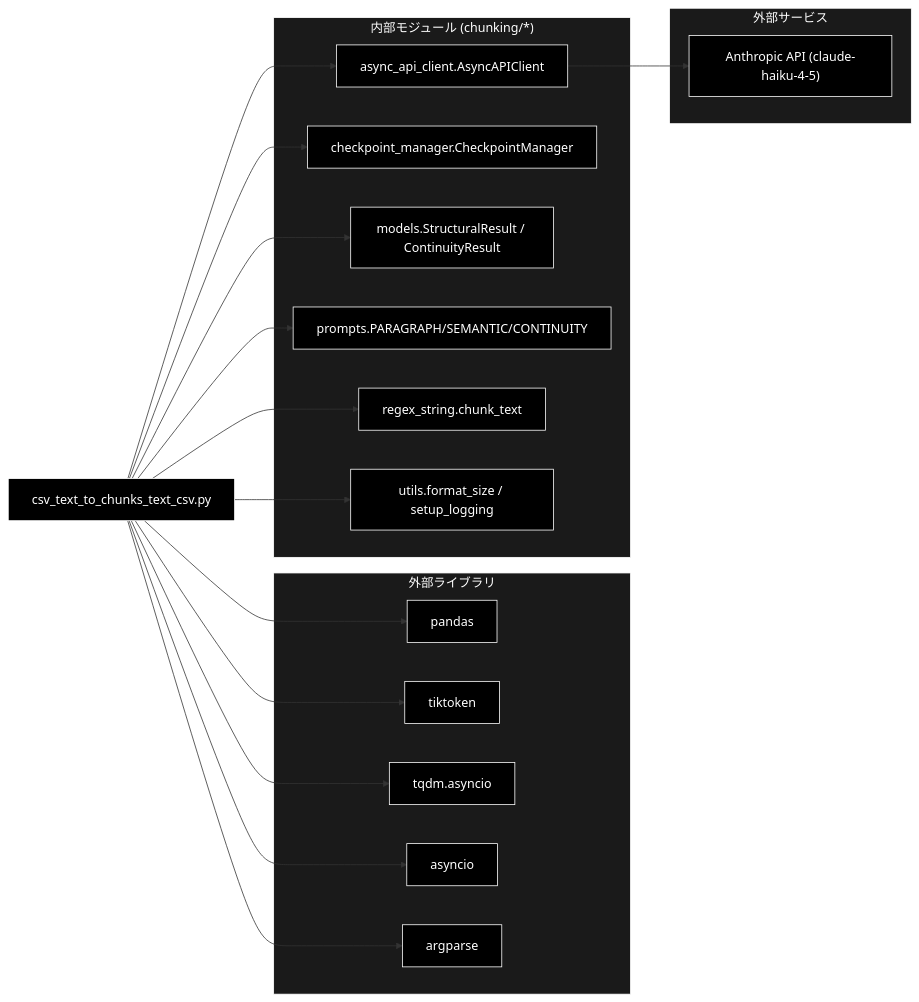
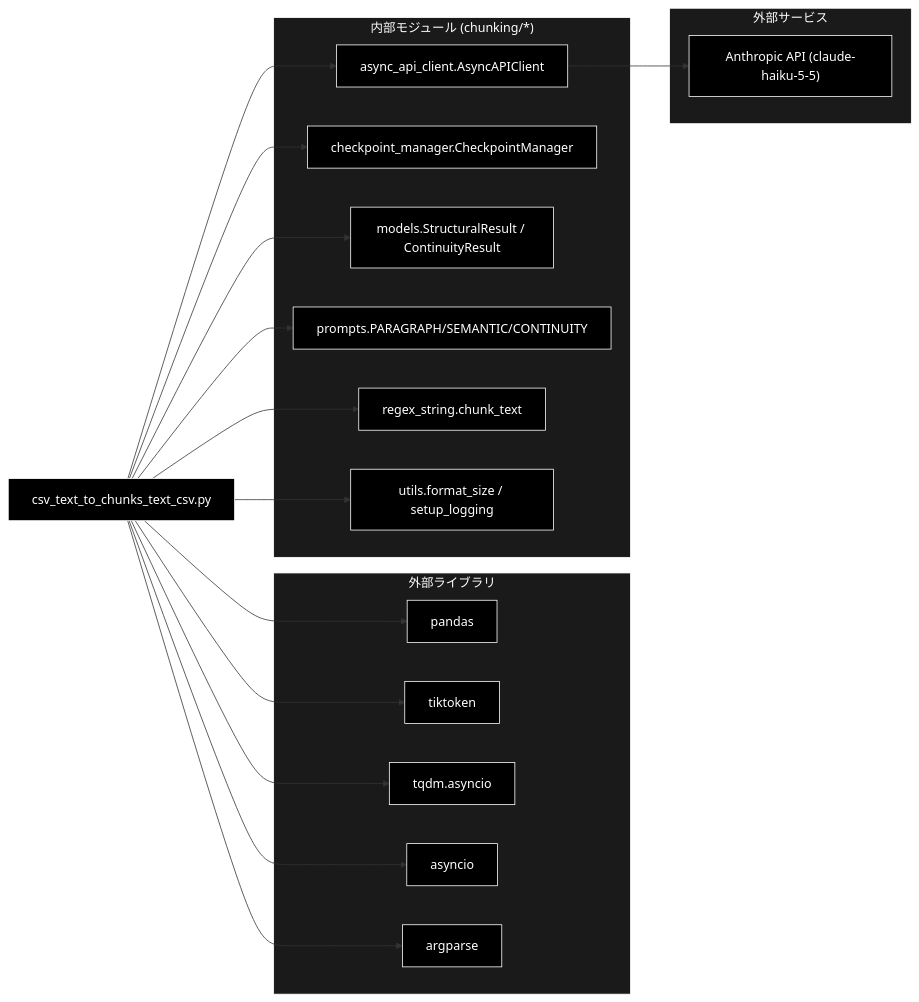
The third of 3 diagrams in chunking/docs/csv_text_to_chunks_text_csv.md (nakashima2toshio/grace_v2), drawn with Mermaid before and after one commit. The commit also changed other lines of this file and 53 other files, not shown here.

First line of the commit message:
feat(model): 軽量モデルを Claude Haiku 5.5 へ切り替える

````diff
--- a/chunking/docs/csv_text_to_chunks_text_csv.md
+++ b/chunking/docs/csv_text_to_chunks_text_csv.md
@@ -1035,44 +1038,44 @@
 ```mermaid
 flowchart LR
     MODULE["csv_text_to_chunks_text_csv.py"]
 
     subgraph EXT["外部ライブラリ"]
         PD["pandas"]
         TK["tiktoken"]
         TQ["tqdm.asyncio"]
         AS["asyncio"]
         AP["argparse"]
     end
 
     subgraph INT["内部モジュール (chunking/*)"]
         AAC["async_api_client.AsyncAPIClient"]
         CKM["checkpoint_manager.CheckpointManager"]
         MDLS["models.StructuralResult / ContinuityResult"]
         PRM["prompts.PARAGRAPH/SEMANTIC/CONTINUITY"]
         RGX["regex_string.chunk_text"]
         UTL["utils.format_size / setup_logging"]
     end
 
     subgraph SVC["外部サービス"]
-        ANTHROPIC["Anthropic API (claude-haiku-4-5)"]
+        ANTHROPIC["Anthropic API (claude-haiku-5-5)"]
     end
 
     MODULE --> PD
     MODULE --> TK
     MODULE --> TQ
     MODULE --> AS
     MODULE --> AP
     MODULE --> AAC
     MODULE --> CKM
     MODULE --> MDLS
     MODULE --> PRM
     MODULE --> RGX
     MODULE --> UTL
     AAC --> ANTHROPIC
 classDef default fill:#000,stroke:#fff,color:#fff
 classDef subgraphStyle fill:#1a1a1a,stroke:#fff,color:#fff
 class MODULE,PD,TK,TQ,AS,AP,AAC,CKM,MDLS,PRM,RGX,UTL,ANTHROPIC default
 style EXT fill:#1a1a1a,stroke:#fff,color:#fff
 style INT fill:#1a1a1a,stroke:#fff,color:#fff
 style SVC fill:#1a1a1a,stroke:#fff,color:#fff
 ```
````
